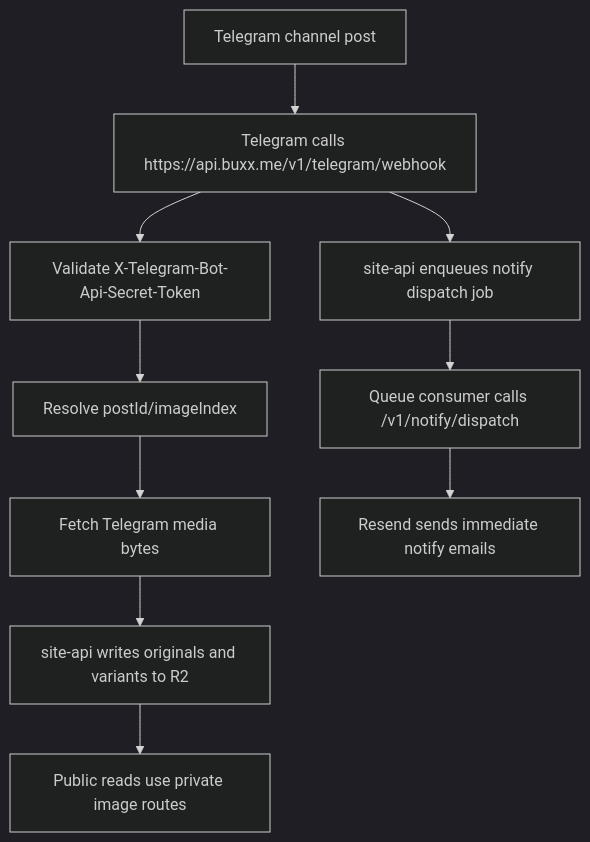
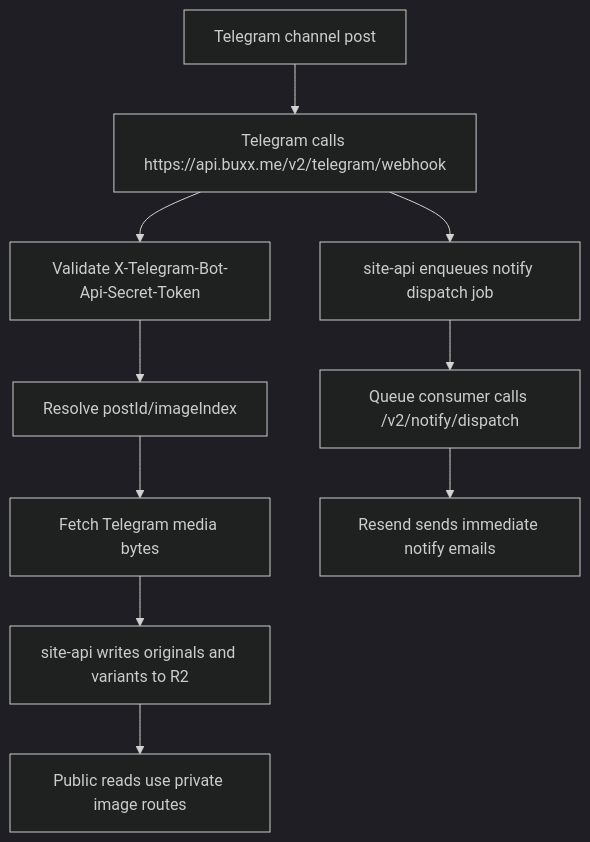
The diagram in docs/TELEGRAM-PIPELINE.md (bunizao/site), drawn with Mermaid (dark theme) before and after one commit. The commit also changed other lines of this file and 26 other files, not shown here.

````diff
--- a/docs/TELEGRAM-PIPELINE.md
+++ b/docs/TELEGRAM-PIPELINE.md
@@ -16,12 +16,12 @@
 ```mermaid
 flowchart TD
-  A["Telegram channel post"] --> B["Telegram calls https://api.buxx.me/v1/telegram/webhook"]
+  A["Telegram channel post"] --> B["Telegram calls https://api.buxx.me/v2/telegram/webhook"]
   B --> C["Validate X-Telegram-Bot-Api-Secret-Token"]
   C --> D["Resolve postId/imageIndex"]
   D --> E["Fetch Telegram media bytes"]
   E --> F["site-api writes originals and variants to R2"]
   F --> G["Public reads use private image routes"]
   B --> H["site-api enqueues notify dispatch job"]
-  H --> I["Queue consumer calls /v1/notify/dispatch"]
+  H --> I["Queue consumer calls /v2/notify/dispatch"]
   I --> J["Resend sends immediate notify emails"]
 ```
````
